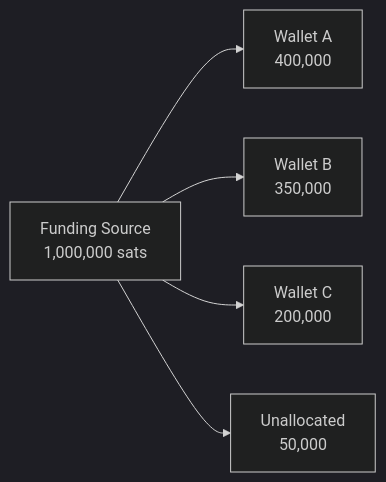
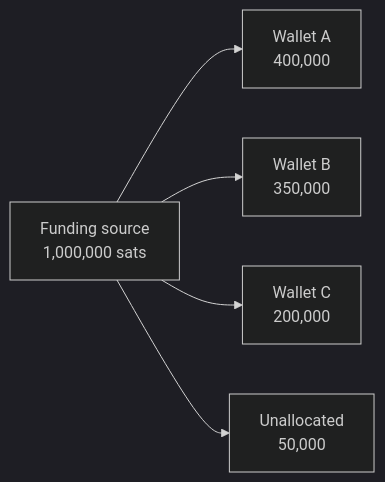
Before and after one commit to lndocs/lndocs.github.io: the fifth of 5 diagrams in docs/architecture/ledger.md, drawn with Mermaid (dark theme). The commit also changed other lines of this file and 22 other files, not shown here.

First line of the commit message:
Rewrite architecture, guides, development, FAQ and resources for v1.6.2 (#5)

````diff
--- a/docs/architecture/ledger.md
+++ b/docs/architecture/ledger.md
@@ -274,9 +340,9 @@
 ```mermaid
 flowchart LR
-    FS["Funding Source<br/>1,000,000 sats"]
+    FS["Funding source<br/>1,000,000 sats"]
 
     FS --> W1["Wallet A<br/>400,000"]
     FS --> W2["Wallet B<br/>350,000"]
     FS --> W3["Wallet C<br/>200,000"]
     FS --> UN["Unallocated<br/>50,000"]
 ```
````
